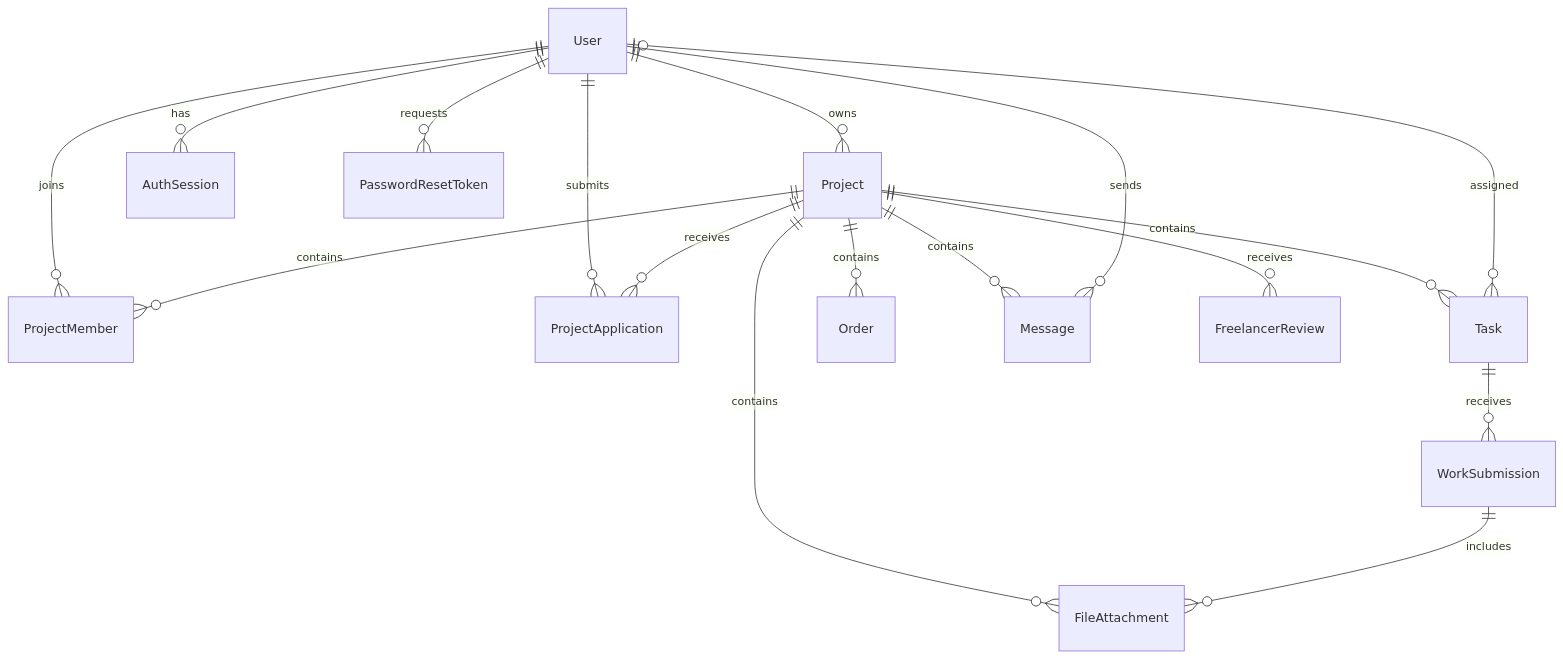
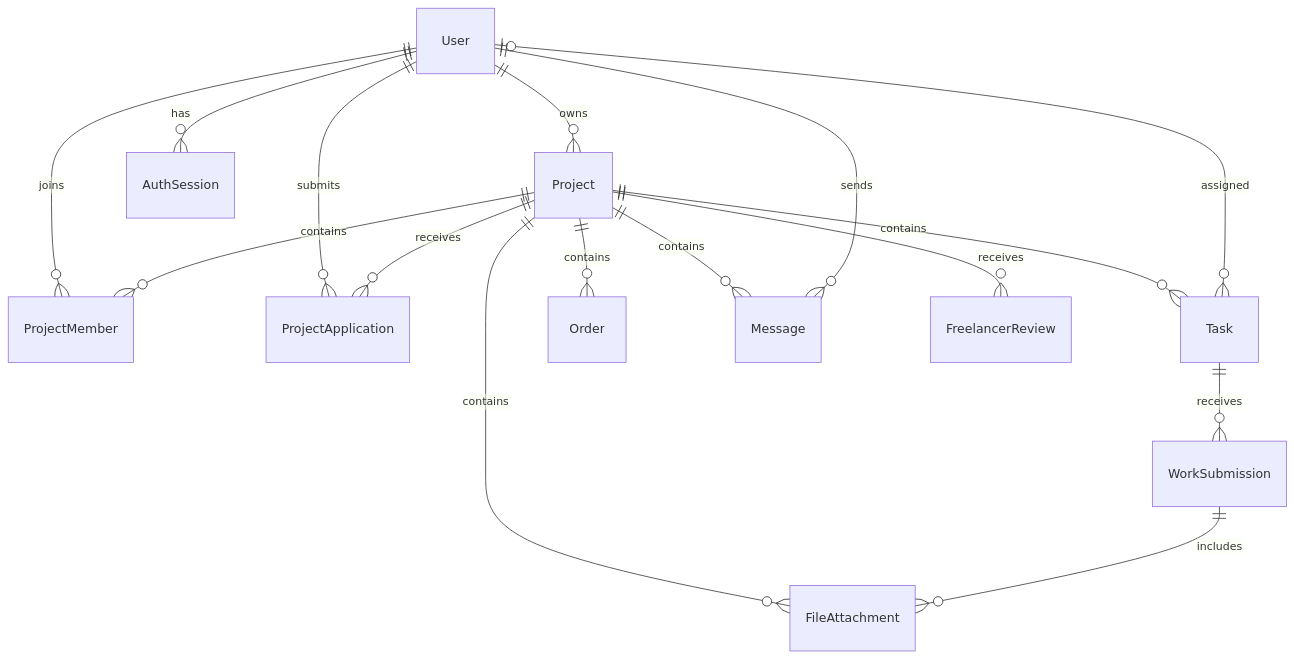
Before and after one commit to mievvchuk/Tasko.ai: the diagram in docs/diagrams/database.mmd, drawn with Mermaid. The commit also changed 34 other files, not shown here.

First line of the commit message:
feat: remove password reset and all email sending

```diff
--- a/docs/diagrams/database.mmd
+++ b/docs/diagrams/database.mmd
@@ -1,17 +1,16 @@
 erDiagram
   User ||--o{ Project : owns
   User ||--o{ ProjectMember : joins
   Project ||--o{ ProjectMember : contains
   User ||--o{ ProjectApplication : submits
   Project ||--o{ ProjectApplication : receives
   Project ||--o{ Task : contains
   User o|--o{ Task : assigned
   Project ||--o{ Order : contains
   Project ||--o{ Message : contains
   User ||--o{ Message : sends
   Project ||--o{ FileAttachment : contains
   Task ||--o{ WorkSubmission : receives
   WorkSubmission ||--o{ FileAttachment : includes
   Project ||--o{ FreelancerReview : receives
   User ||--o{ AuthSession : has
-  User ||--o{ PasswordResetToken : requests
```
